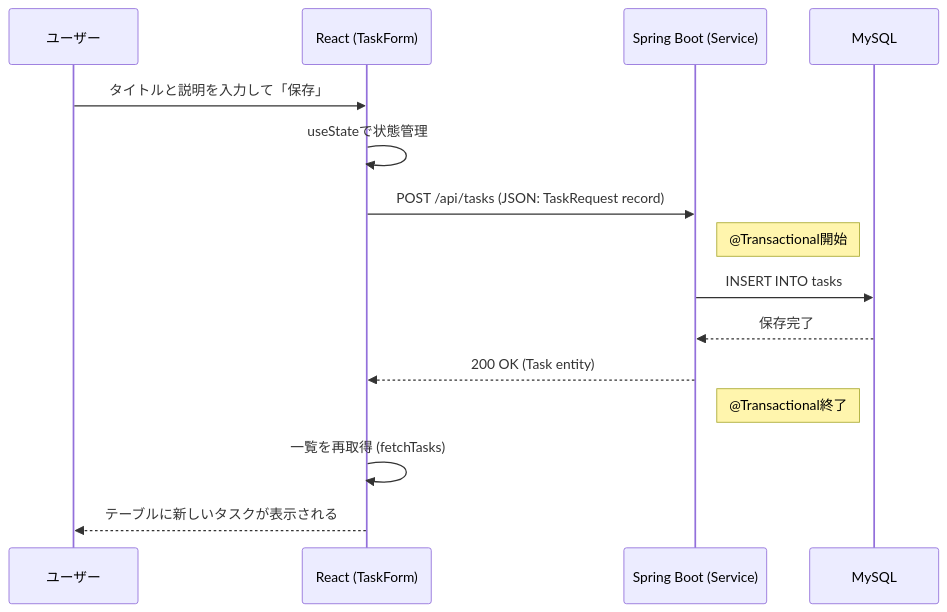
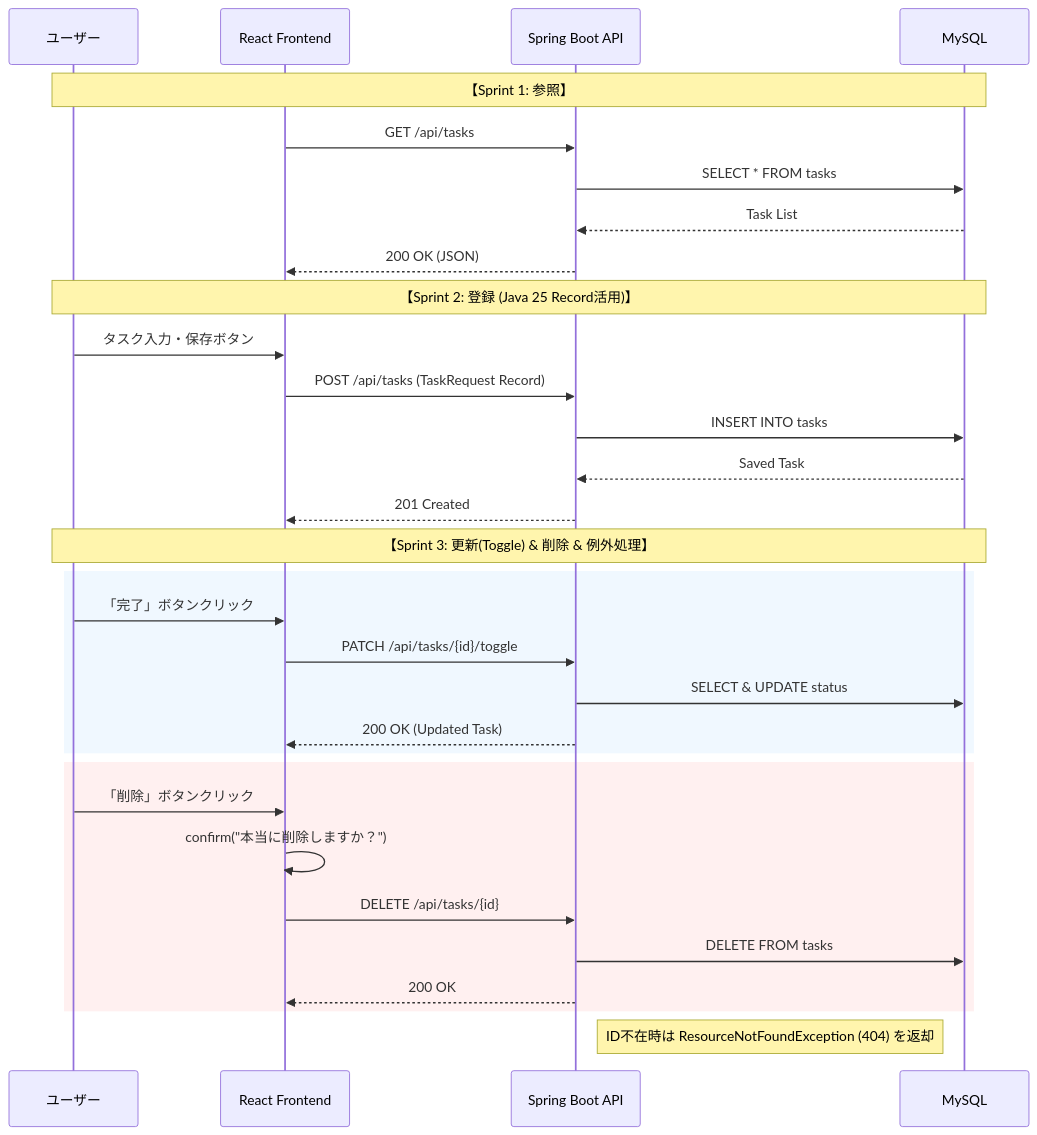
Before and after one commit to pepepki/task-knowledge-management: the second of 2 diagrams in README.md, drawn with Mermaid. The commit also changed other lines of this file and 7 other files, not shown here.

````diff
--- a/README.md
+++ b/README.md
@@ -59,18 +63,38 @@
 ```mermaid
 sequenceDiagram
     participant User as ユーザー
-    participant React as React (TaskForm)
-    participant Service as Spring Boot (Service)
+    participant React as React Frontend
+    participant API as Spring Boot API
     participant DB as MySQL
 
-    User->>React: タイトルと説明を入力して「保存」
-    React->>React: useStateで状態管理
-    React->>Service: POST /api/tasks (JSON: TaskRequest record)
-    Note right of Service: @Transactional開始
-    Service->>DB: INSERT INTO tasks
-    DB-->>Service: 保存完了
-    Service-->>React: 200 OK (Task entity)
-    Note right of Service: @Transactional終了
-    React->>React: 一覧を再取得 (fetchTasks)
-    React-->>User: テーブルに新しいタスクが表示される
+    Note over User, DB: 【Sprint 1: 参照】
+    React->>API: GET /api/tasks
+    API->>DB: SELECT * FROM tasks
+    DB-->>API: Task List
+    API-->>React: 200 OK (JSON)
+
+    Note over User, DB: 【Sprint 2: 登録 (Java 25 Record活用)】
+    User->>React: タスク入力・保存ボタン
+    React->>API: POST /api/tasks (TaskRequest Record)
+    API->>DB: INSERT INTO tasks
+    DB-->>API: Saved Task
+    API-->>React: 201 Created
+
+    Note over User, DB: 【Sprint 3: 更新(Toggle) & 削除 & 例外処理】
+    rect rgb(240, 248, 255)
+    User->>React: 「完了」ボタンクリック
+    React->>API: PATCH /api/tasks/{id}/toggle
+    API->>DB: SELECT & UPDATE status
+    API-->>React: 200 OK (Updated Task)
+    end
+
+    rect rgb(255, 240, 240)
+    User->>React: 「削除」ボタンクリック
+    React->>React: confirm("本当に削除しますか？")
+    React->>API: DELETE /api/tasks/{id}
+    API->>DB: DELETE FROM tasks
+    API-->>React: 200 OK
+    end
+
+    Note right of API: ID不在時は ResourceNotFoundException (404) を返却
 ```
````
